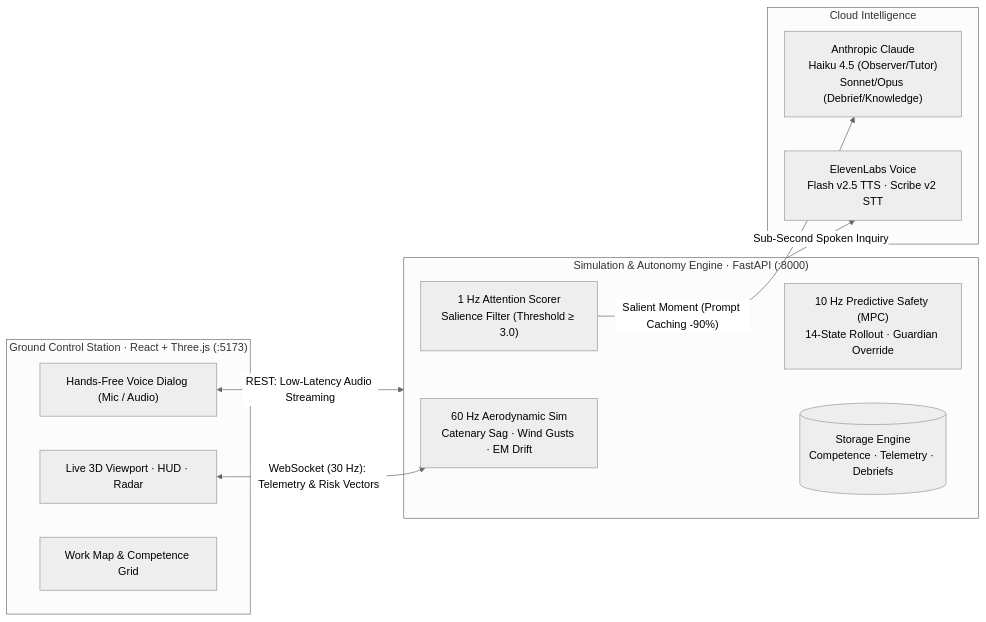
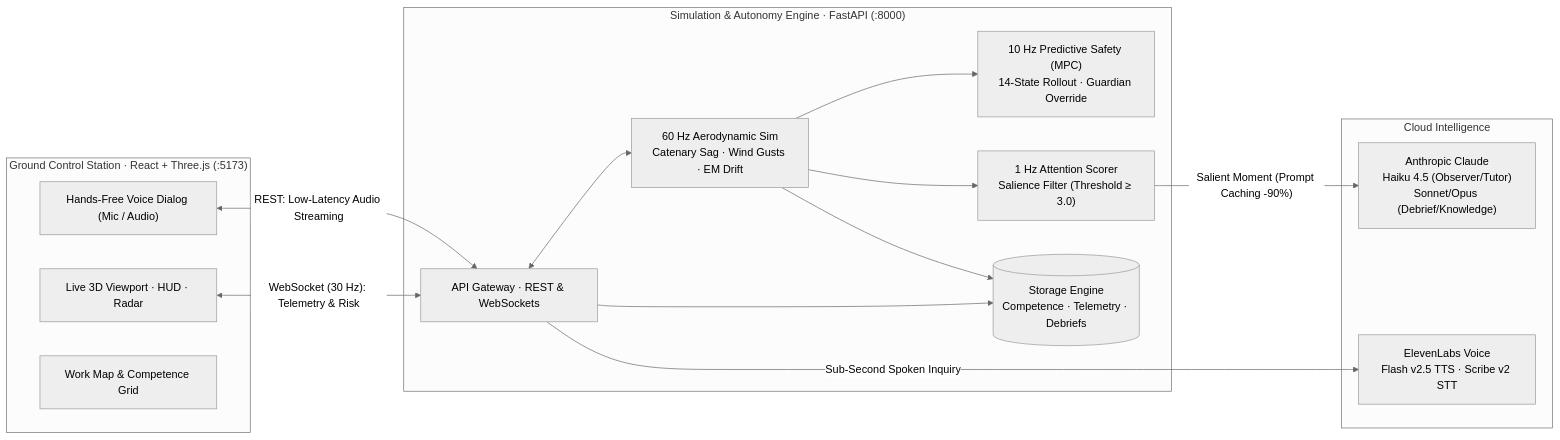
The diagram in README.md (jona-droid/Hackathon-Hacknation), drawn with Mermaid (neutral theme) before and after one commit. The commit also changed 1 other file, not shown here.

Commit message:
last modif for visual effects

````diff
--- a/README.md
+++ b/README.md
@@ -31,26 +31,31 @@
 ```mermaid
 flowchart LR
   subgraph GCS["Ground Control Station · React + Three.js (:5173)"]
     HUD["Live 3D Viewport · HUD · Radar"]
     VOICE_UI["Hands-Free Voice Dialog (Mic / Audio)"]
     MAP["Work Map & Competence Grid"]
   end
 
   subgraph CORE["Simulation & Autonomy Engine · FastAPI (:8000)"]
+    API["API Gateway · REST & WebSockets"]
     SIM["60 Hz Aerodynamic Sim<br/>Catenary Sag · Wind Gusts · EM Drift"]
     MPC["10 Hz Predictive Safety (MPC)<br/>14-State Rollout · Guardian Override"]
     ATTN["1 Hz Attention Scorer<br/>Salience Filter (Threshold ≥ 3.0)"]
     STORE[("Storage Engine<br/>Competence · Telemetry · Debriefs")]
   end
 
   subgraph AI["Cloud Intelligence"]
     CLAUDE["Anthropic Claude<br/>Haiku 4.5 (Observer/Tutor)<br/>Sonnet/Opus (Debrief/Knowledge)"]
     ELEVEN["ElevenLabs Voice<br/>Flash v2.5 TTS · Scribe v2 STT"]
   end
 
-  HUD <-->|"WebSocket (30 Hz): Telemetry & Risk Vectors"| SIM
-  VOICE_UI <-->|"REST: Low-Latency Audio Streaming"| CORE
+  HUD <-->|"WebSocket (30 Hz): Telemetry & Risk"| API
+  API <--> SIM
+  VOICE_UI <-->|"REST: Low-Latency Audio Streaming"| API
+  SIM --> MPC
+  SIM --> ATTN
   ATTN -->|"Salient Moment (Prompt Caching -90%)"| CLAUDE
-  CORE -->|"Sub-Second Spoken Inquiry"| ELEVEN
-  CORE --> STORE
+  API -->|"Sub-Second Spoken Inquiry"| ELEVEN
+  API --> STORE
+  SIM --> STORE
 ```
````
